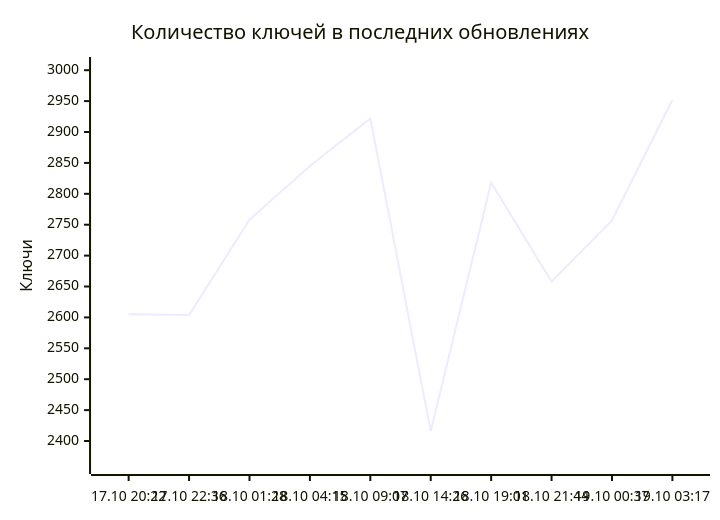
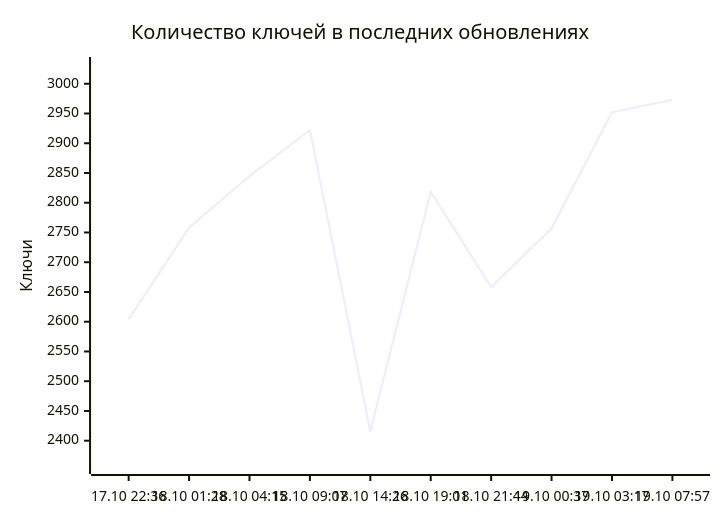
Before and after one commit to markKikhtenko/WireVeil: the diagram in README.md, drawn with Mermaid. The commit also changed other lines of this file and 12 other files, not shown here.

````diff
--- a/README.md
+++ b/README.md
@@ -55,7 +55,7 @@
 ```mermaid
 xychart-beta
     title "Количество ключей в последних обновлениях"
-    x-axis ["17.10 20:22", "17.10 22:36", "18.10 01:28", "18.10 04:15", "18.10 09:07", "18.10 14:26", "18.10 19:01", "18.10 21:44", "19.10 00:37", "19.10 03:17"]
-    y-axis "Ключи" 2362 --> 3006
-    line [2605, 2604, 2758, 2845, 2922, 2416, 2818, 2658, 2757, 2952]
+    x-axis ["17.10 22:36", "18.10 01:28", "18.10 04:15", "18.10 09:07", "18.10 14:26", "18.10 19:01", "18.10 21:44", "19.10 00:37", "19.10 03:17", "19.10 07:57"]
+    y-axis "Ключи" 2360 --> 3029
+    line [2604, 2758, 2845, 2922, 2416, 2818, 2658, 2757, 2952, 2973]
 ```
````
